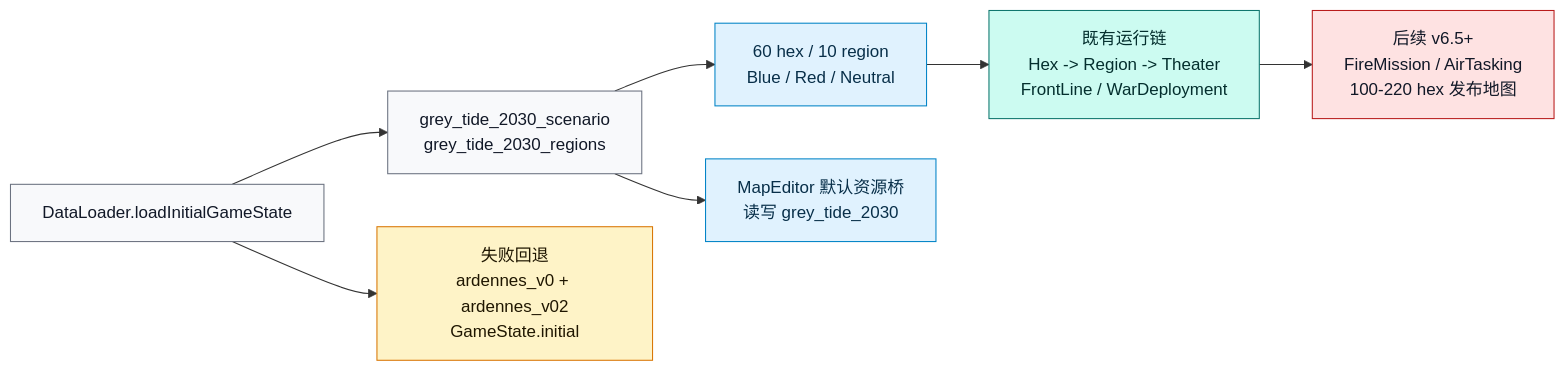
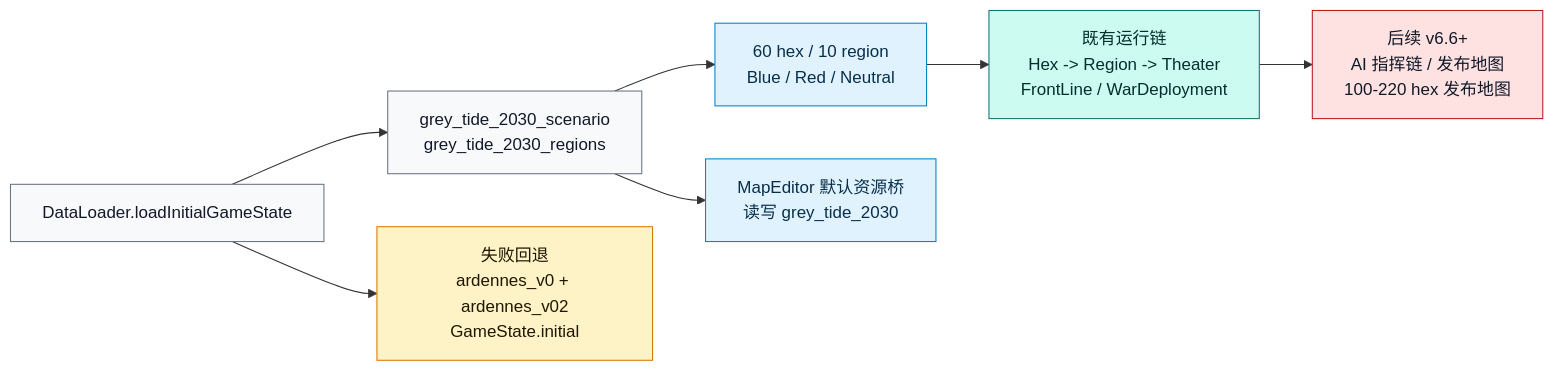
The fourth of 15 diagrams in md/flow/flowchart.md (Altman-sam114/127), drawn with Mermaid before and after one commit. The commit also changed other lines of this file and 17 other files, not shown here.

````diff
--- a/md/flow/flowchart.md
+++ b/md/flow/flowchart.md
@@ -115,21 +115,21 @@
 ```mermaid
 flowchart LR
     ENTRY["DataLoader.loadInitialGameState"]:::data
     GREY["grey_tide_2030_scenario<br/>grey_tide_2030_regions"]:::data
     MAP["60 hex / 10 region<br/>Blue / Red / Neutral"]:::state
     EDITOR["MapEditor 默认资源桥<br/>读写 grey_tide_2030"]:::state
     PIPE["既有运行链<br/>Hex -> Region -> Theater<br/>FrontLine / WarDeployment"]:::rules
     FALLBACK["失败回退<br/>ardennes_v0 + ardennes_v02<br/>GameState.initial"]:::legacy
-    TODO["后续 v6.5+<br/>FireMission / AirTasking<br/>100-220 hex 发布地图"]:::risk
+    TODO["后续 v6.6+<br/>AI 指挥链 / 发布地图<br/>100-220 hex 发布地图"]:::risk
 
     ENTRY --> GREY --> MAP --> PIPE
     GREY --> EDITOR
     ENTRY --> FALLBACK
     PIPE --> TODO
 
     classDef data fill:#f8f9fb,stroke:#6b7280,color:#111827
     classDef state fill:#e0f2fe,stroke:#0284c7,color:#082f49
     classDef rules fill:#ccfbf1,stroke:#0f766e,color:#042f2e
     classDef legacy fill:#fef3c7,stroke:#d97706,color:#1f1600
     classDef risk fill:#fee2e2,stroke:#b91c1c,color:#111827
 ```
````
